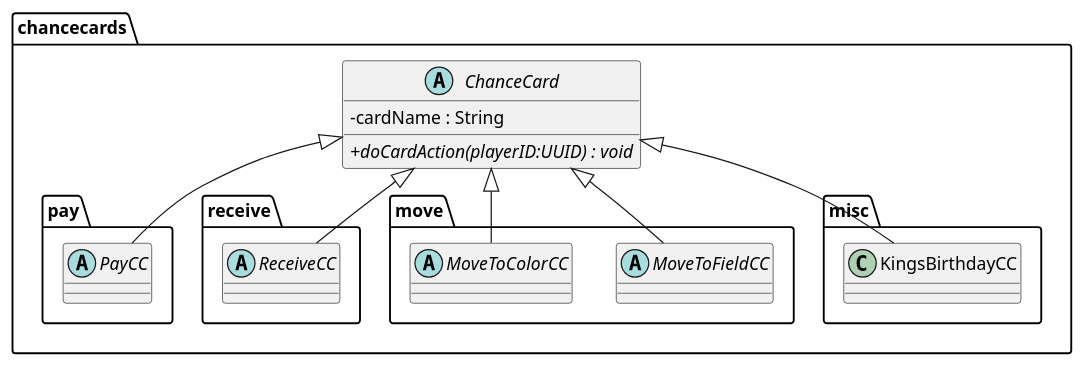
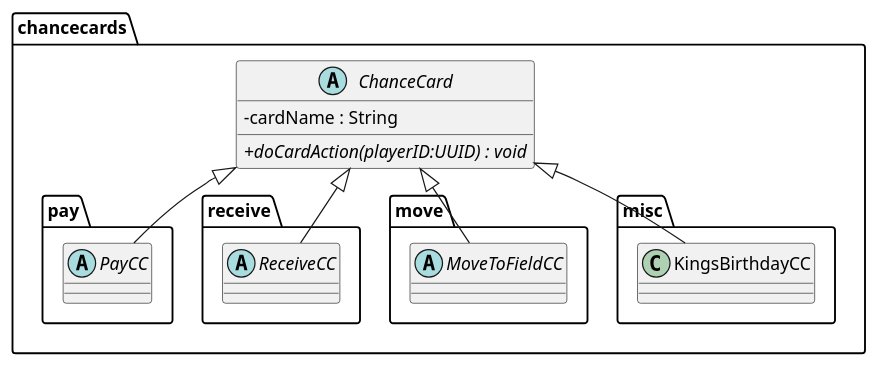
One commit to DTUSoftware/Matador changed the diagram in src/main/resources/DesignClassDiagram-chancecards.puml. Above: the diagram before and after it, drawn with PlantUML. The commit also changed 2 other files, not shown here.

Commit message:
Update a bit of UML

```diff
--- a/src/main/resources/DesignClassDiagram-chancecards.puml
+++ b/src/main/resources/DesignClassDiagram-chancecards.puml
@@ -1,46 +1,42 @@
 @startuml
 'https://plantuml.com/class-diagram
 
 skinparam classAttributeIconSize 0
 
 package chancecards {
     abstract class ChanceCard {
         -cardName : String
 
         {abstract} +doCardAction(playerID:UUID) : void
     }
 
     package pay {
         abstract class PayCC {
         }
 
         ChanceCard <|-- PayCC
     }
 
     package receive {
         abstract class ReceiveCC {
         }
 
         ChanceCard <|-- ReceiveCC
     }
 
     package move {
         abstract class MoveToFieldCC {
         }
 
-        abstract class MoveToColorCC {
-        }
-
         ChanceCard <|-- MoveToFieldCC
-        ChanceCard <|-- MoveToColorCC
     }
 
     package misc {
         class KingsBirthdayCC {
         }
 
         ChanceCard <|-- KingsBirthdayCC
     }
 }
 
 @enduml
```
